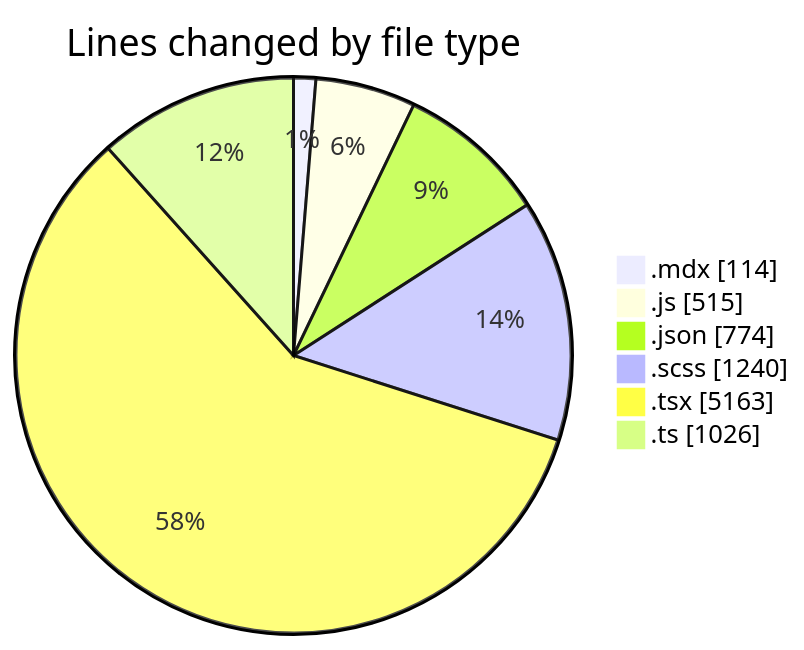
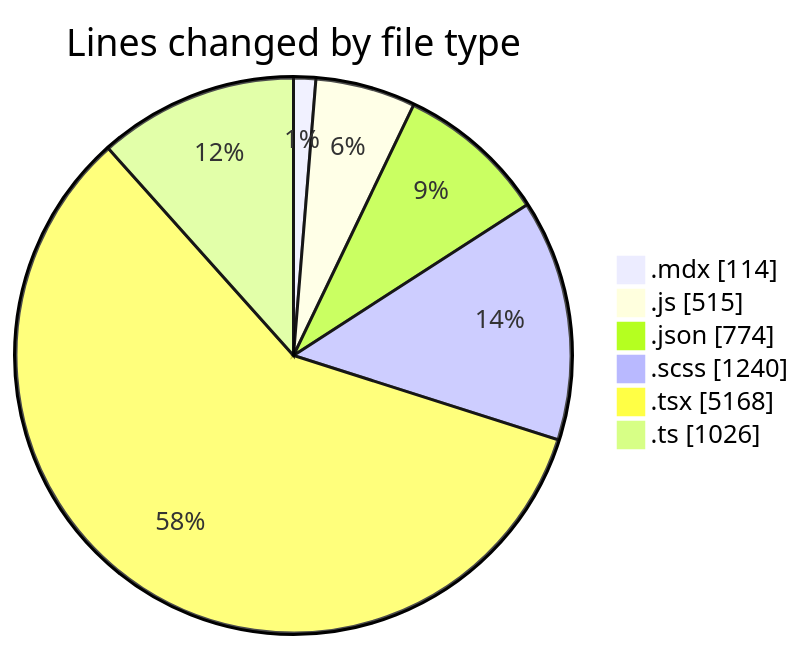
Before and after one commit to momahboobian/code-tracking: the first of 2 diagrams in 2026-08-13/cda/README.md, drawn with Mermaid. The commit also changed other lines of this file and 1 other file, not shown here.

````diff
--- a/2026-08-13/cda/README.md
+++ b/2026-08-13/cda/README.md
@@ -46,10 +46,10 @@
 ```mermaid
 pie showData
 title Lines changed by file type
 ".mdx" : 114
 ".js" : 515
 ".json" : 774
 ".scss" : 1240
-".tsx" : 5163
+".tsx" : 5168
 ".ts" : 1026
 ```
````
